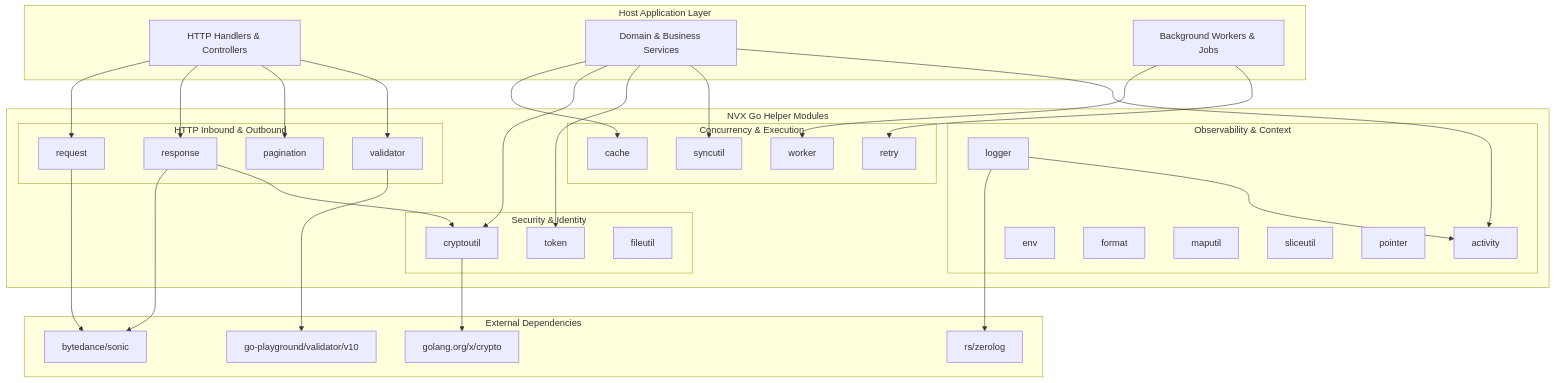
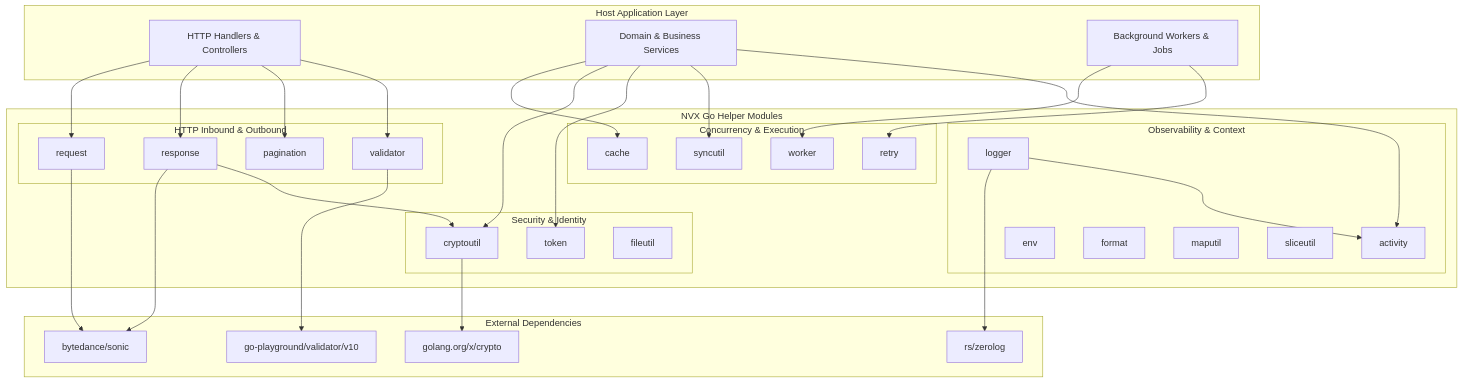
Before and after one commit to Jkenyut/nvx-go-helper: the first of 9 diagrams in README.md, drawn with Mermaid. The commit also changed other lines of this file and 41 other files, not shown here.

````diff
--- a/README.md
+++ b/README.md
@@ -26,69 +26,68 @@
 ```mermaid
 flowchart TD
     subgraph HostService ["Host Application Layer"]
         HTTPHandler["HTTP Handlers & Controllers"]
         DomainService["Domain & Business Services"]
         WorkerJobs["Background Workers & Jobs"]
     end
 
     subgraph NVXLibrary ["NVX Go Helper Modules"]
         subgraph Inbound ["HTTP Inbound & Outbound"]
             REQ["request"]
             RESP["response"]
             PAG["pagination"]
             VAL["validator"]
         end
 
         subgraph CoreConcurrency ["Concurrency & Execution"]
             WRK["worker"]
             SYNC["syncutil"]
             RTR["retry"]
             CCH["cache"]
         end
 
         subgraph SecurityAuth ["Security & Identity"]
             CRYPTO["cryptoutil"]
             TKN["token"]
             FILE["fileutil"]
         end
 
         subgraph DiagnosticsObservability ["Observability & Context"]
             ACT["activity"]
             LOG["logger"]
             ENV["env"]
             FMT["format"]
             MAPU["maputil"]
             SLC["sliceutil"]
-            PTR["pointer"]
         end
     end
 
     subgraph ExternalDeps ["External Dependencies"]
         SONIC["bytedance/sonic"]
         ZLOG["rs/zerolog"]
         V10["go-playground/validator/v10"]
         XCRYPTO["golang.org/x/crypto"]
     end
 
     HTTPHandler --> REQ
     HTTPHandler --> RESP
     HTTPHandler --> PAG
     HTTPHandler --> VAL
 
     DomainService --> CCH
     DomainService --> CRYPTO
     DomainService --> TKN
     DomainService --> SYNC
     DomainService --> ACT
 
     WorkerJobs --> WRK
     WorkerJobs --> RTR
 
     REQ --> SONIC
     RESP --> SONIC
     RESP --> CRYPTO
     VAL --> V10
     CRYPTO --> XCRYPTO
     LOG --> ZLOG
     LOG --> ACT
 ```
````
